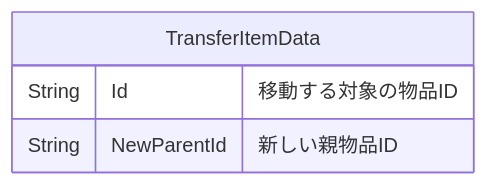
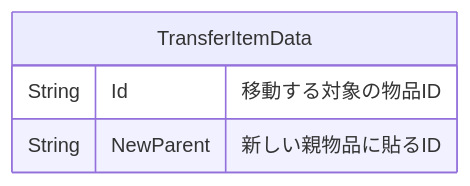
The ninth of 14 diagrams in documents/endpoint.md (sohosai/dashi), drawn with Mermaid before and after one commit. The commit also changed other lines of this file and 1 other file, not shown here.

````diff
--- a/documents/endpoint.md
+++ b/documents/endpoint.md
@@ -523,7 +523,7 @@
 ```mermaid
 erDiagram
     TransferItemData {
         String Id "移動する対象の物品ID"
-        String NewParentId "新しい親物品ID"
+        String NewParent "新しい親物品に貼るID"
     }
 ```
````
